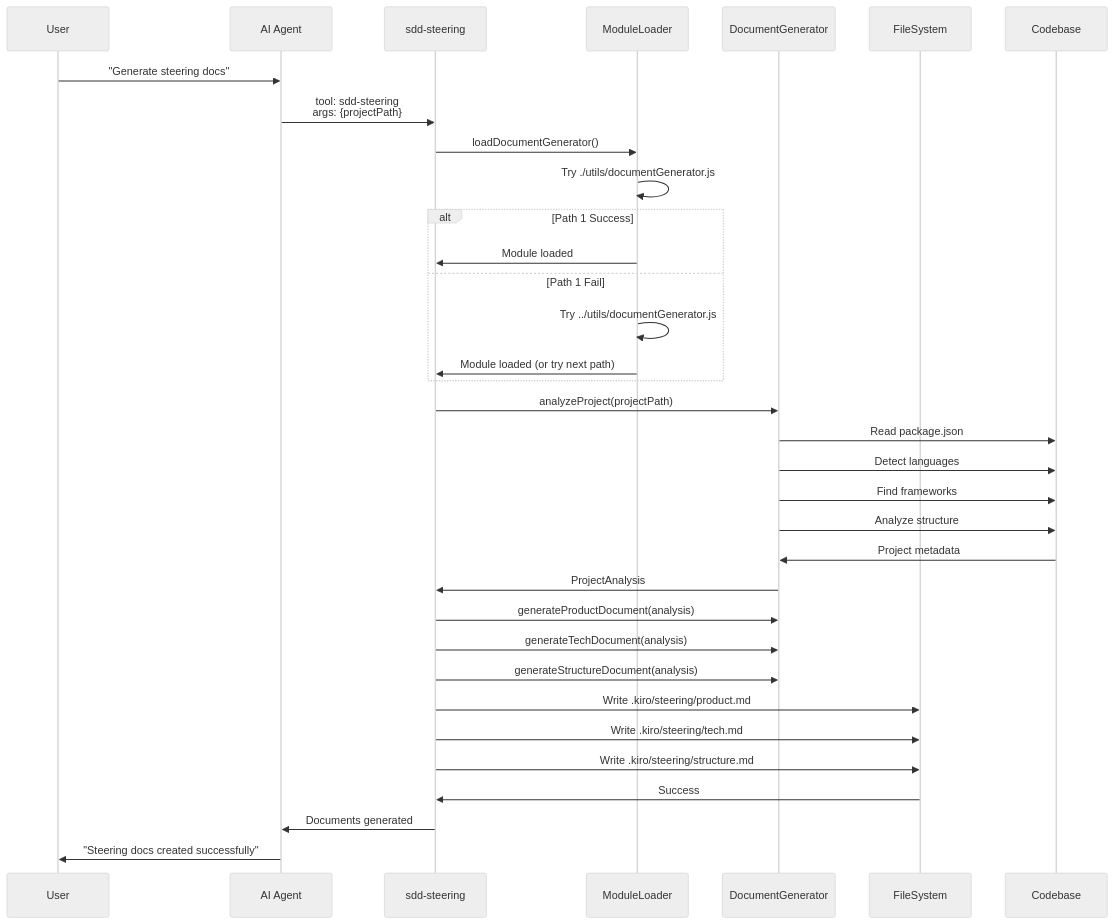
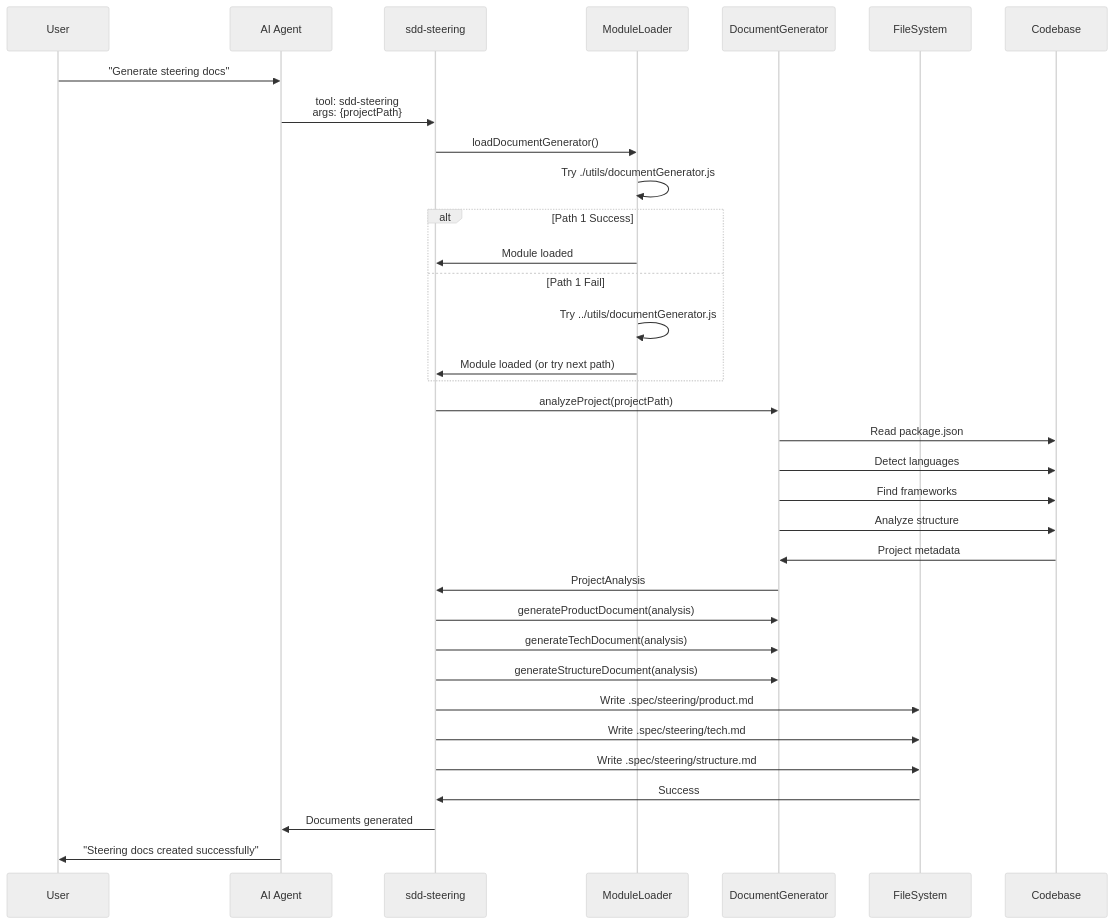
One commit to yi-john-huang/sdd-mcp changed the eighth of 10 diagrams in ARCHITECTURE.md. Above: the diagram before and after it, drawn with Mermaid (neutral theme). The commit also changed other lines of this file and 54 other files, not shown here.

First line of the commit message:
feat: migrate SDD directory from .kiro to .spec

````diff
--- a/ARCHITECTURE.md
+++ b/ARCHITECTURE.md
@@ -573,42 +573,42 @@
 ```mermaid
 sequenceDiagram
     participant U as User
     participant AI as AI Agent
     participant Tool as sdd-steering
     participant ML as ModuleLoader
     participant DG as DocumentGenerator
     participant FS as FileSystem
     participant CB as Codebase
 
     U->>AI: "Generate steering docs"
     AI->>Tool: tool: sdd-steering<br/>args: {projectPath}
     Tool->>ML: loadDocumentGenerator()
     
     ML->>ML: Try ./utils/documentGenerator.js
     alt Path 1 Success
         ML->>Tool: Module loaded
     else Path 1 Fail
         ML->>ML: Try ../utils/documentGenerator.js
         ML->>Tool: Module loaded (or try next path)
     end
     
     Tool->>DG: analyzeProject(projectPath)
     DG->>CB: Read package.json
     DG->>CB: Detect languages
     DG->>CB: Find frameworks
     DG->>CB: Analyze structure
     CB->>DG: Project metadata
     
     DG->>Tool: ProjectAnalysis
     Tool->>DG: generateProductDocument(analysis)
     Tool->>DG: generateTechDocument(analysis)
     Tool->>DG: generateStructureDocument(analysis)
     
-    Tool->>FS: Write .kiro/steering/product.md
-    Tool->>FS: Write .kiro/steering/tech.md
-    Tool->>FS: Write .kiro/steering/structure.md
+    Tool->>FS: Write .spec/steering/product.md
+    Tool->>FS: Write .spec/steering/tech.md
+    Tool->>FS: Write .spec/steering/structure.md
     
     FS->>Tool: Success
     Tool->>AI: Documents generated
     AI->>U: "Steering docs created successfully"
 ```
````
